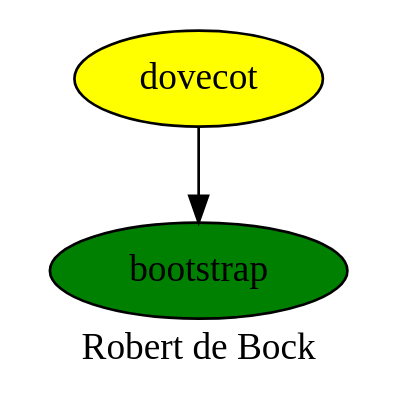
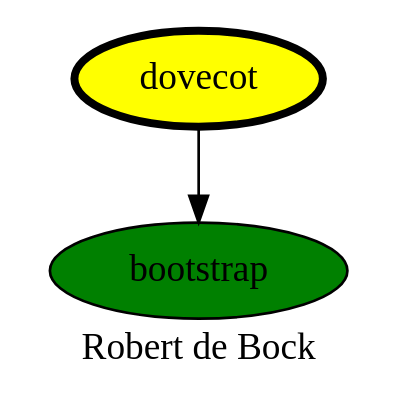
The diagram in dovecot.dot (robertdebock/robertdebock.github.io), drawn with Graphviz before and after one commit. The commit also changed 24 other files, not shown here.

```diff
--- a/dovecot.dot
+++ b/dovecot.dot
@@ -1,10 +1,10 @@
 
 digraph PhiloDilemma {
   label = "Robert de Bock" ;
   overlap=false
   {
     bootstrap [fillcolor=green style=filled]
-    dovecot [fillcolor=yellow style=filled]
+    dovecot [fillcolor=yellow style=filled penwidth=3]
   }
   dovecot -> bootstrap
 }
```
